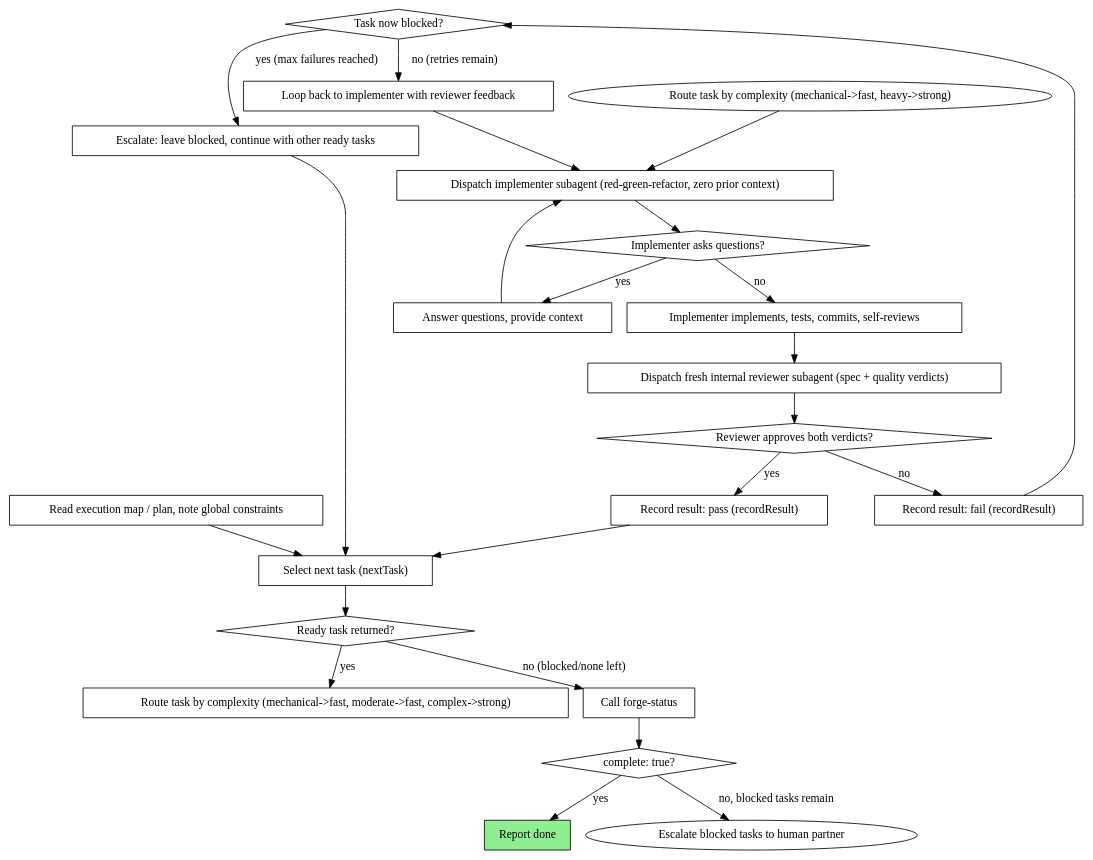
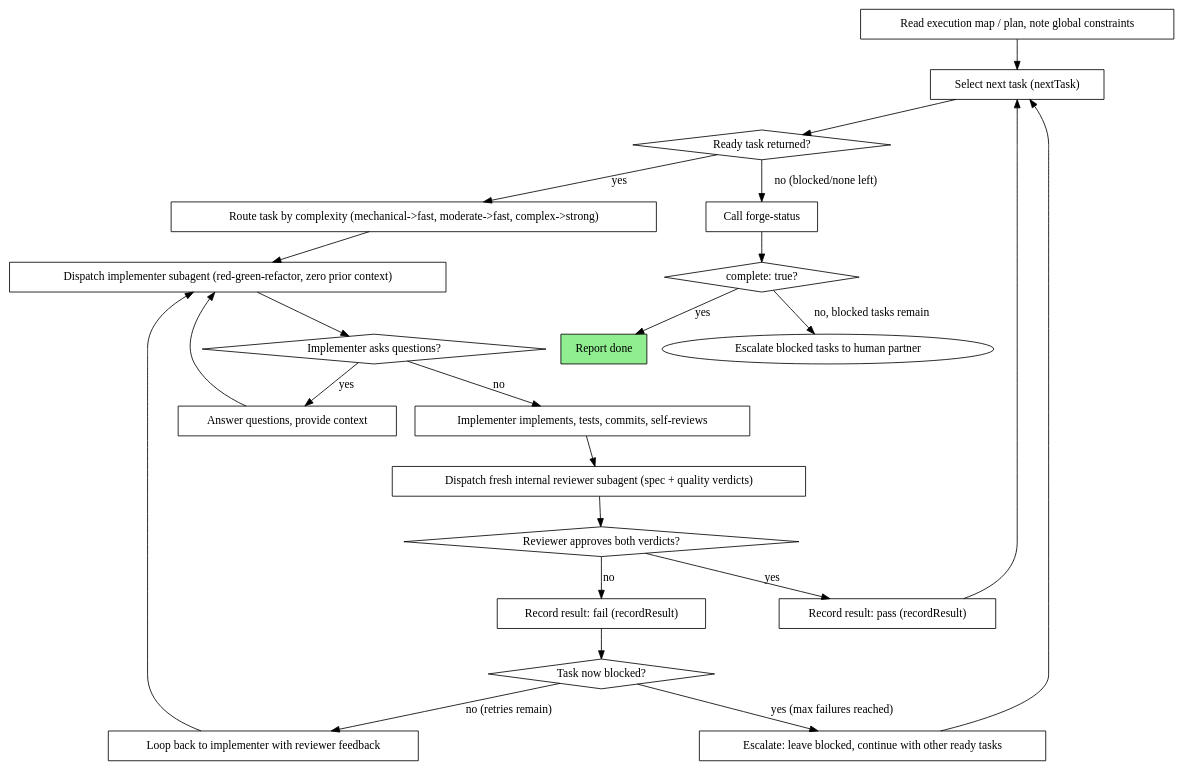
Before and after one commit to anupam20sep/superspec: the diagram in content/skills/superspec-forge/SKILL.md, drawn with Graphviz. The commit also changed other lines of this file and 1 other file, not shown here.

Commit message:
content: eliminate remaining heavy residue (DOT node mismatch + complexity/model-class conflation) (final review round 3 finding)

````diff
--- a/content/skills/superspec-forge/SKILL.md
+++ b/content/skills/superspec-forge/SKILL.md
@@ -43,47 +43,47 @@
 ```dot
 digraph process {
     rankdir=TB;
 
     "Read execution map / plan, note global constraints" [shape=box];
     "Select next task (nextTask)" [shape=box];
     "Ready task returned?" [shape=diamond];
     "Route task by complexity (mechanical->fast, moderate->fast, complex->strong)" [shape=box];
     "Dispatch implementer subagent (red-green-refactor, zero prior context)" [shape=box];
     "Implementer asks questions?" [shape=diamond];
     "Answer questions, provide context" [shape=box];
     "Implementer implements, tests, commits, self-reviews" [shape=box];
     "Dispatch fresh internal reviewer subagent (spec + quality verdicts)" [shape=box];
     "Reviewer approves both verdicts?" [shape=diamond];
     "Record result: fail (recordResult)" [shape=box];
     "Task now blocked?" [shape=diamond];
     "Escalate: leave blocked, continue with other ready tasks" [shape=box];
     "Loop back to implementer with reviewer feedback" [shape=box];
     "Record result: pass (recordResult)" [shape=box];
     "Call forge-status" [shape=box];
     "complete: true?" [shape=diamond];
     "Report done" [shape=box style=filled fillcolor=lightgreen];
 
     "Read execution map / plan, note global constraints" -> "Select next task (nextTask)";
     "Select next task (nextTask)" -> "Ready task returned?";
     "Ready task returned?" -> "Route task by complexity (mechanical->fast, moderate->fast, complex->strong)" [label="yes"];
     "Ready task returned?" -> "Call forge-status" [label="no (blocked/none left)"];
-    "Route task by complexity (mechanical->fast, heavy->strong)" -> "Dispatch implementer subagent (red-green-refactor, zero prior context)";
+    "Route task by complexity (mechanical->fast, moderate->fast, complex->strong)" -> "Dispatch implementer subagent (red-green-refactor, zero prior context)";
     "Dispatch implementer subagent (red-green-refactor, zero prior context)" -> "Implementer asks questions?";
     "Implementer asks questions?" -> "Answer questions, provide context" [label="yes"];
     "Answer questions, provide context" -> "Dispatch implementer subagent (red-green-refactor, zero prior context)";
     "Implementer asks questions?" -> "Implementer implements, tests, commits, self-reviews" [label="no"];
     "Implementer implements, tests, commits, self-reviews" -> "Dispatch fresh internal reviewer subagent (spec + quality verdicts)";
     "Dispatch fresh internal reviewer subagent (spec + quality verdicts)" -> "Reviewer approves both verdicts?";
     "Reviewer approves both verdicts?" -> "Record result: fail (recordResult)" [label="no"];
     "Record result: fail (recordResult)" -> "Task now blocked?";
     "Task now blocked?" -> "Escalate: leave blocked, continue with other ready tasks" [label="yes (max failures reached)"];
     "Task now blocked?" -> "Loop back to implementer with reviewer feedback" [label="no (retries remain)"];
     "Loop back to implementer with reviewer feedback" -> "Dispatch implementer subagent (red-green-refactor, zero prior context)";
     "Reviewer approves both verdicts?" -> "Record result: pass (recordResult)" [label="yes"];
     "Record result: pass (recordResult)" -> "Select next task (nextTask)";
     "Escalate: leave blocked, continue with other ready tasks" -> "Select next task (nextTask)";
     "Call forge-status" -> "complete: true?";
     "complete: true?" -> "Report done" [label="yes"];
     "complete: true?" -> "Escalate blocked tasks to human partner" [label="no, blocked tasks remain" shape=box];
 }
 ```
````
